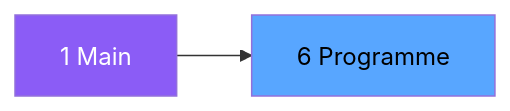
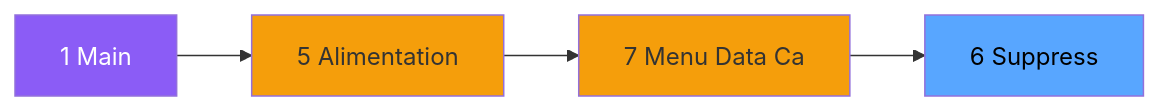
The second of 3 diagrams in .openspec/specs/ADH-IDE-6.md (thonyAGP/magic-migration), drawn with Mermaid before and after one commit. The commit also changed other lines of this file and 323 other files, not shown here.

````diff
--- a/.openspec/specs/ADH-IDE-6.md
+++ b/.openspec/specs/ADH-IDE-6.md
@@ -98,8 +107,14 @@
 ```mermaid
 graph LR
     M[1 Main]
-    T[6 Programme]
-    M --> T
+    N5[5 Alimentation]
+    N7[7 Menu Data Ca]
+    T[6     Suppress]
+    M --> N5
+    N5 --> N7
+    N7 --> T
     style M fill:#8b5cf6,color:#fff
+    style N5 fill:#f59e0b
+    style N7 fill:#f59e0b
     style T fill:#58a6ff,color:#000
 ```
````
